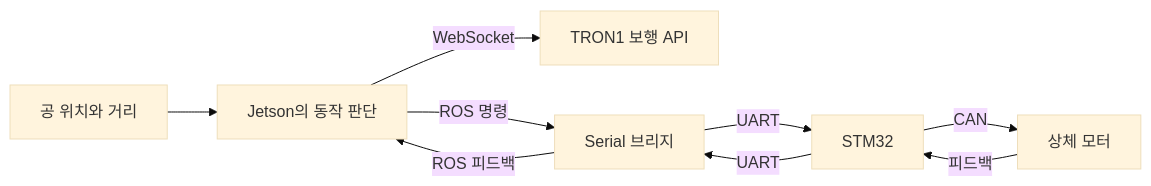
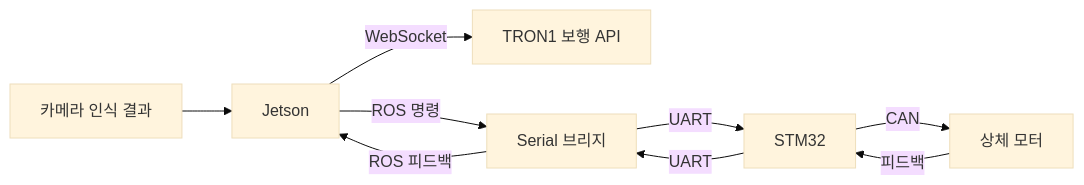
One commit to newb-ops/robocup-control-portfolio changed the diagram in README.md. Above: the diagram before and after it, drawn with Mermaid (base theme). The commit also changed other lines of this file and 36 other files, not shown here.

````diff
--- a/README.md
+++ b/README.md
@@ -16,11 +21,11 @@
 ```mermaid
 flowchart LR
-    V[공 위치와 거리] --> C[Jetson의 동작 판단]
-    C -->|WebSocket| L[TRON1 보행 API]
-    C -->|ROS 명령| B[Serial 브리지]
+    V[카메라 인식 결과] --> J[Jetson]
+    J -->|WebSocket| T[TRON1 보행 API]
+    J -->|ROS 명령| B[Serial 브리지]
     B -->|UART| S[STM32]
     S -->|CAN| M[상체 모터]
     M -->|피드백| S
     S -->|UART| B
-    B -->|ROS 피드백| C
+    B -->|ROS 피드백| J
 ```
````
